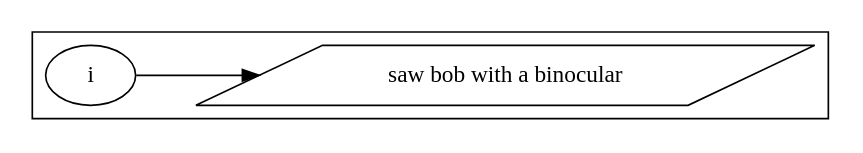
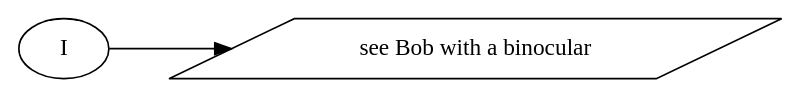
The diagram in paper/images/step_example_1.dot (Mome/treepattern), drawn with Graphviz before and after one commit. The commit also changed 8 other files, not shown here.

```diff
--- a/paper/images/step_example_1.dot
+++ b/paper/images/step_example_1.dot
@@ -1,9 +1,8 @@
 digraph{
 rankdir=LR
 compound=true
-subgraph cluster3011086700{
-  N3011088076 [ label="i", shape=ellipse ]
-  N3011088012 [ label="saw bob with a binocular", shape=parallelogram ]
-}
+N3011088076 [ label="I", shape=ellipse ]
+N3011088012 [ label="see Bob with a binocular", shape=parallelogram ]
+
 N3011088076 -> N3011088012
 }
```
